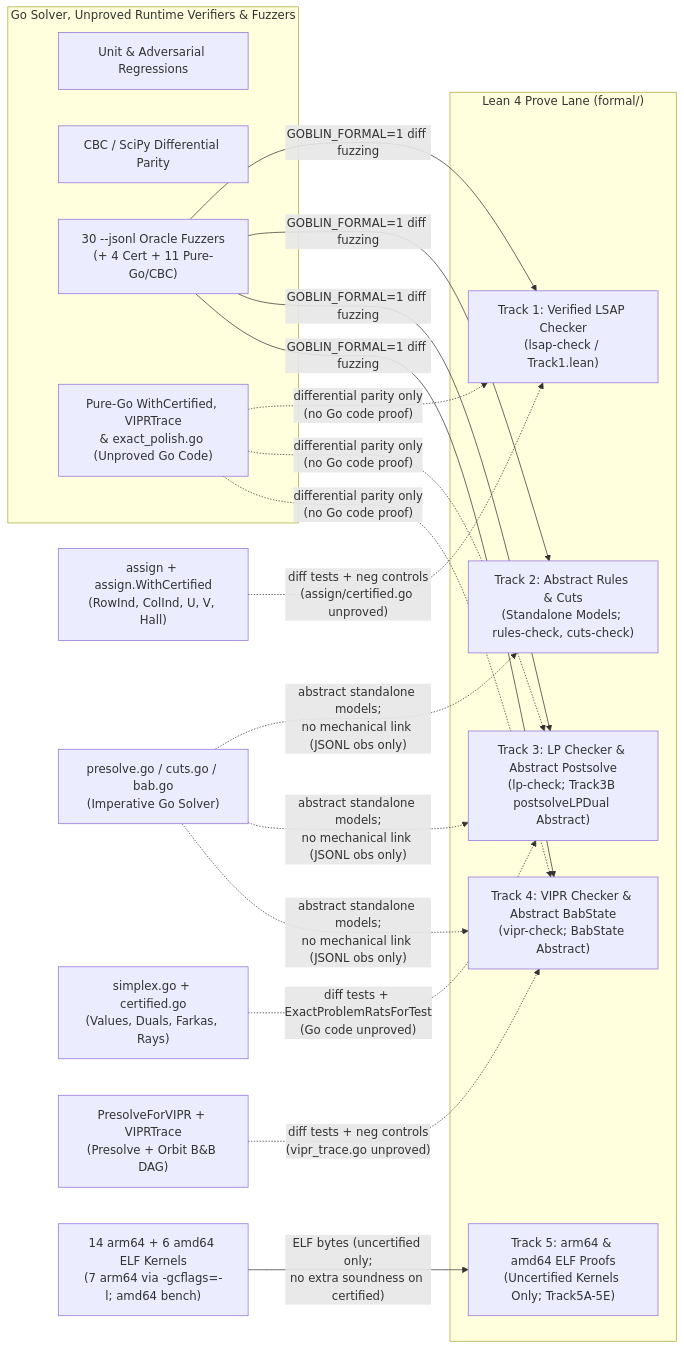
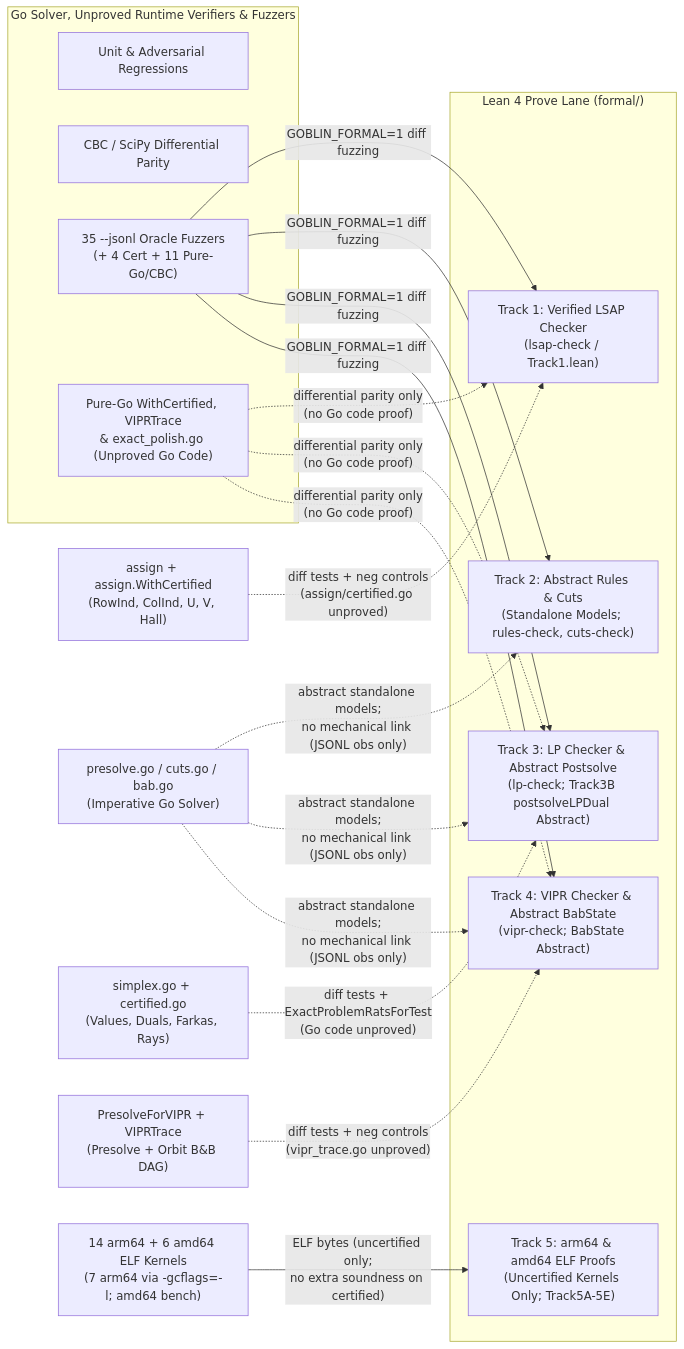
The diagram in docs/formal-verification.md (paulourio/goblin), drawn with Mermaid before and after one commit. The commit also changed other lines of this file and 39 other files, not shown here.

````diff
--- a/docs/formal-verification.md
+++ b/docs/formal-verification.md
@@ -19,25 +19,25 @@
 ```mermaid
 flowchart LR
     subgraph GoLane["Go Solver, Unproved Runtime Verifiers & Fuzzers"]
         G1["Unit & Adversarial Regressions"]
         G2["CBC / SciPy Differential Parity"]
-        G3["30 --jsonl Oracle Fuzzers\n(+ 4 Cert + 11 Pure-Go/CBC)"]
+        G3["35 --jsonl Oracle Fuzzers\n(+ 4 Cert + 11 Pure-Go/CBC)"]
         G4["Pure-Go WithCertified, VIPRTrace\n& exact_polish.go (Unproved Go Code)"]
     end
 
     subgraph ProveLane["Lean 4 Prove Lane (formal/)"]
         P1["Track 1: Verified LSAP Checker\n(lsap-check / Track1.lean)"]
         P2["Track 2: Abstract Rules & Cuts\n(Standalone Models; rules-check, cuts-check)"]
         P3["Track 3: LP Checker & Abstract Postsolve\n(lp-check; Track3B postsolveLPDual Abstract)"]
         P4["Track 4: VIPR Checker & Abstract BabState\n(vipr-check; BabState Abstract)"]
         P5["Track 5: arm64 & amd64 ELF Proofs\n(Uncertified Kernels Only; Track5A-5E)"]
     end
 
     A["assign + assign.WithCertified\n(RowInd, ColInd, U, V, Hall)"] -.->|"diff tests + neg controls\n(assign/certified.go unproved)"| P1
     B["presolve.go / cuts.go / bab.go\n(Imperative Go Solver)"] -.->|"abstract standalone models;\nno mechanical link (JSONL obs only)"| P2 & P3 & P4
     C["simplex.go + certified.go\n(Values, Duals, Farkas, Rays)"] -.->|"diff tests + ExactProblemRatsForTest\n(Go code unproved)"| P3
     D["PresolveForVIPR + VIPRTrace\n(Presolve + Orbit B&B DAG)"] -.->|"diff tests + neg controls\n(vipr_trace.go unproved)"| P4
     E["14 arm64 + 6 amd64 ELF Kernels\n(7 arm64 via -gcflags=-l; amd64 bench)"] -->|"ELF bytes (uncertified only;\nno extra soundness on certified)"| P5
     G3 -->|"GOBLIN_FORMAL=1 diff fuzzing"| P1 & P2 & P3 & P4
     G4 -.->|"differential parity only\n(no Go code proof)"| P1 & P3 & P4
 ```
````
